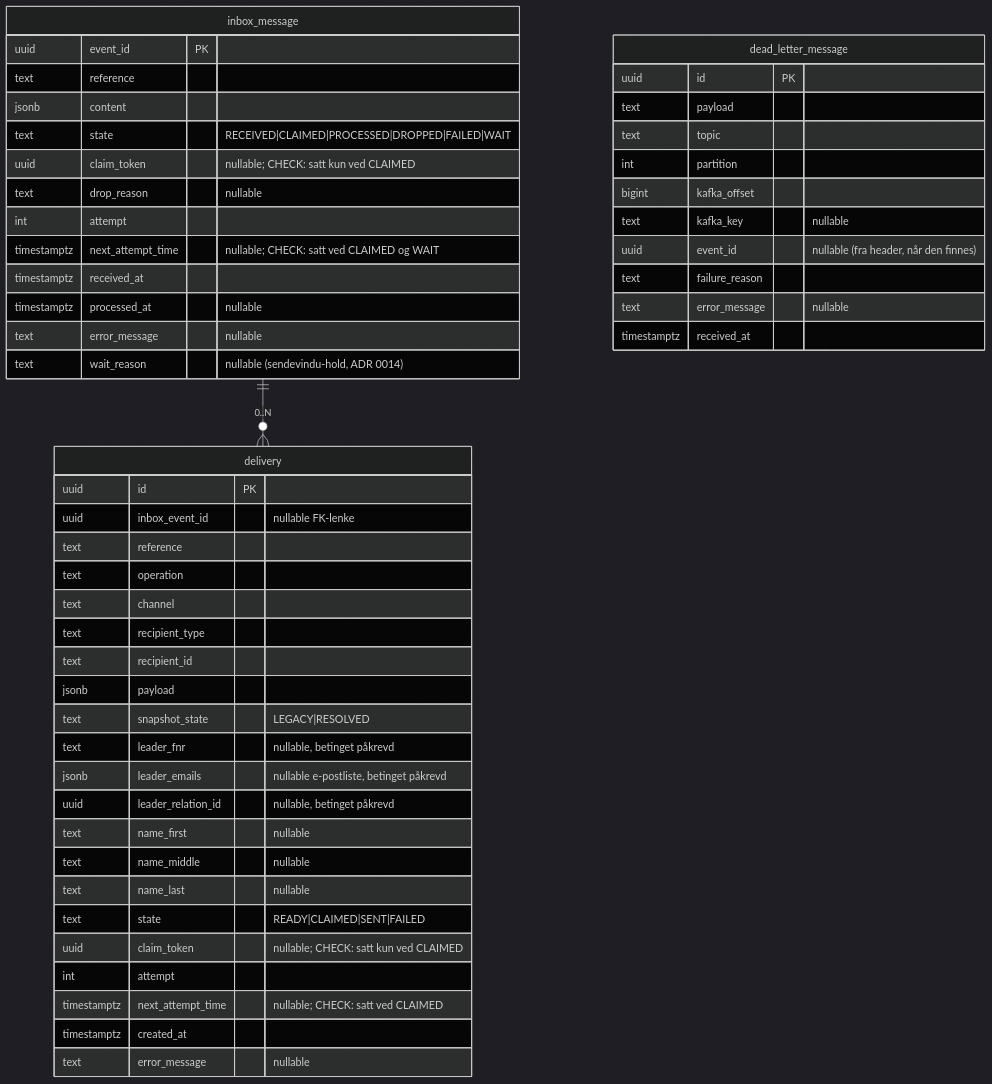
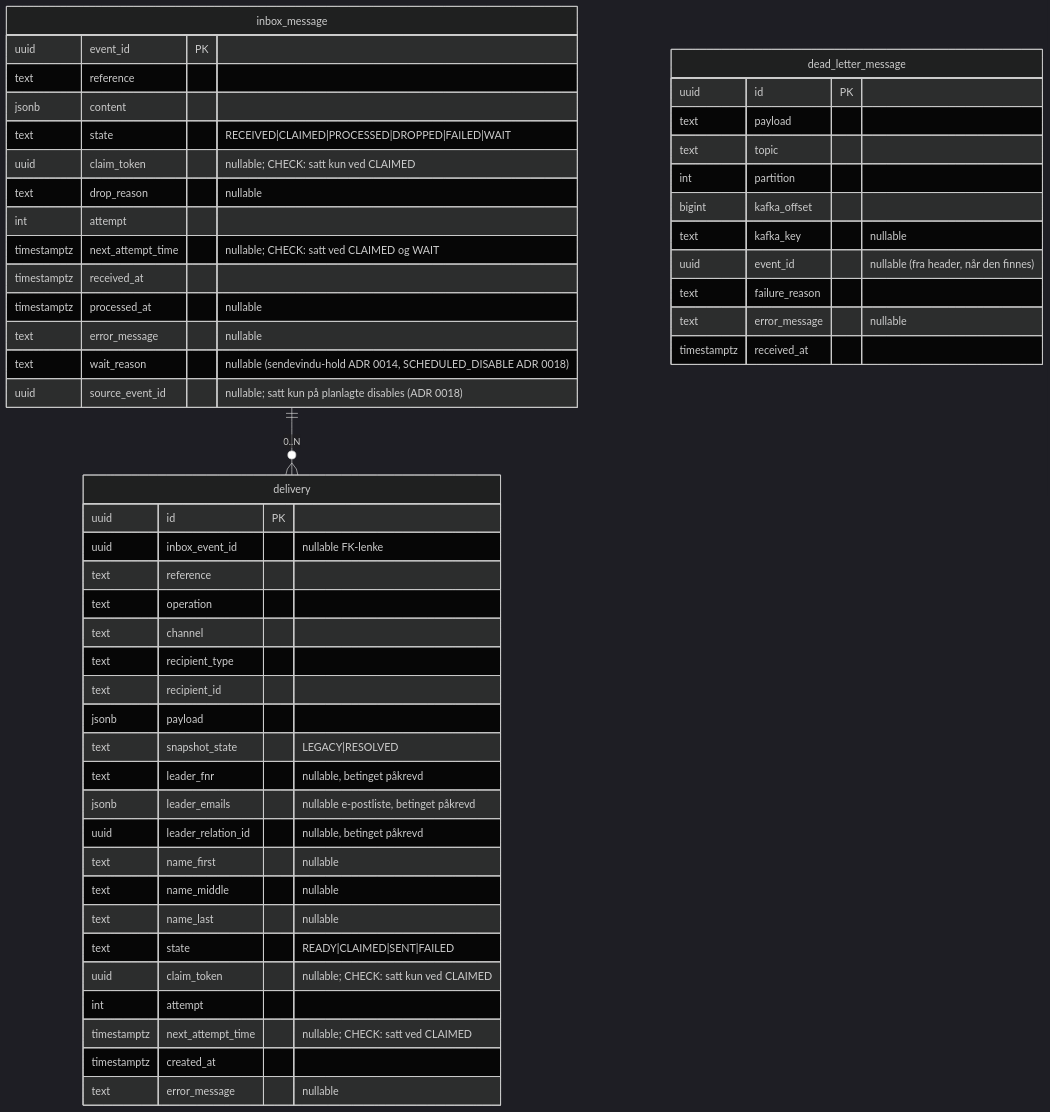
The diagram in docs/datamodell.md (navikt/syfo-budstikka), drawn with Mermaid (dark theme) before and after one commit. The commit also changed other lines of this file and 34 other files, not shown here.

````diff
--- a/docs/datamodell.md
+++ b/docs/datamodell.md
@@ -8,56 +8,57 @@
 ```mermaid
 erDiagram
     inbox_message ||--o{ delivery : "0..N"
 
     inbox_message {
         uuid        event_id PK
         text        reference
         jsonb       content
         text        state "RECEIVED|CLAIMED|PROCESSED|DROPPED|FAILED|WAIT"
         uuid        claim_token "nullable; CHECK: satt kun ved CLAIMED"
         text        drop_reason "nullable"
         int         attempt
         timestamptz next_attempt_time "nullable; CHECK: satt ved CLAIMED og WAIT"
         timestamptz received_at
         timestamptz processed_at "nullable"
         text        error_message "nullable"
-        text        wait_reason "nullable (sendevindu-hold, ADR 0014)"
+        text        wait_reason "nullable (sendevindu-hold ADR 0014, SCHEDULED_DISABLE ADR 0018)"
+        uuid        source_event_id "nullable; satt kun på planlagte disables (ADR 0018)"
     }
 
     delivery {
         uuid        id PK
         uuid        inbox_event_id "nullable FK-lenke"
         text        reference
         text        operation
         text        channel
         text        recipient_type
         text        recipient_id
         jsonb       payload
         text        snapshot_state "LEGACY|RESOLVED"
         text        leader_fnr "nullable, betinget påkrevd"
         jsonb       leader_emails "nullable e-postliste, betinget påkrevd"
         uuid        leader_relation_id "nullable, betinget påkrevd"
         text        name_first "nullable"
         text        name_middle "nullable"
         text        name_last "nullable"
         text        state "READY|CLAIMED|SENT|FAILED"
         uuid        claim_token "nullable; CHECK: satt kun ved CLAIMED"
         int         attempt
         timestamptz next_attempt_time "nullable; CHECK: satt ved CLAIMED"
         timestamptz created_at
         text        error_message "nullable"
     }
 
     dead_letter_message {
         uuid        id PK
         text        payload
         text        topic
         int         partition
         bigint      kafka_offset
         text        kafka_key "nullable"
         uuid        event_id "nullable (fra header, når den finnes)"
         text        failure_reason
         text        error_message "nullable"
         timestamptz received_at
     }
 ```
````
